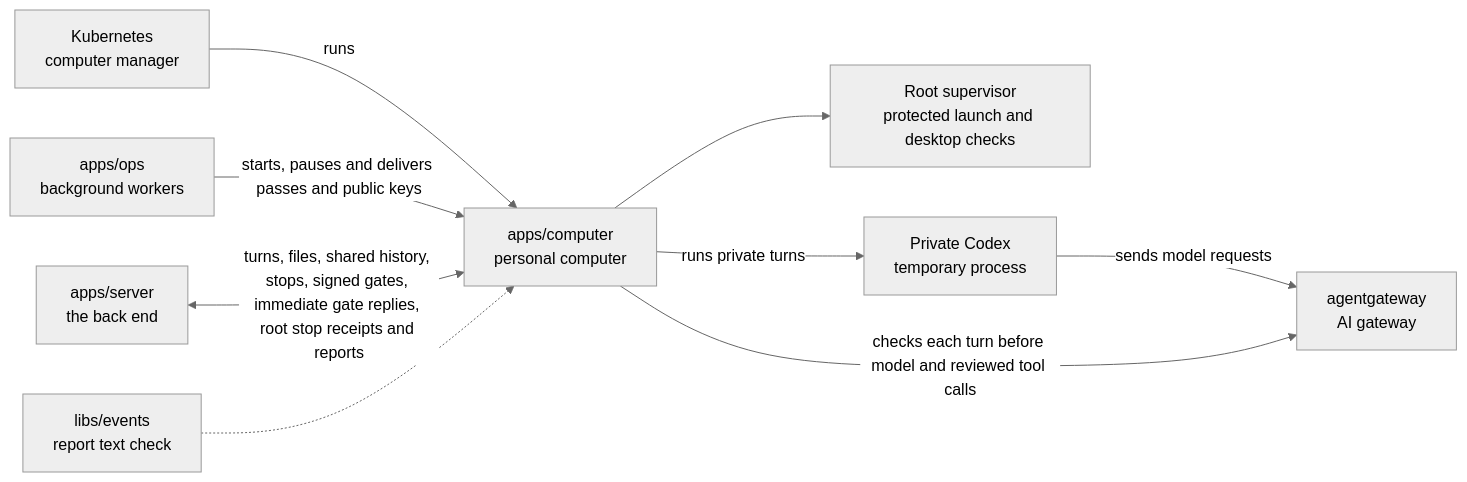
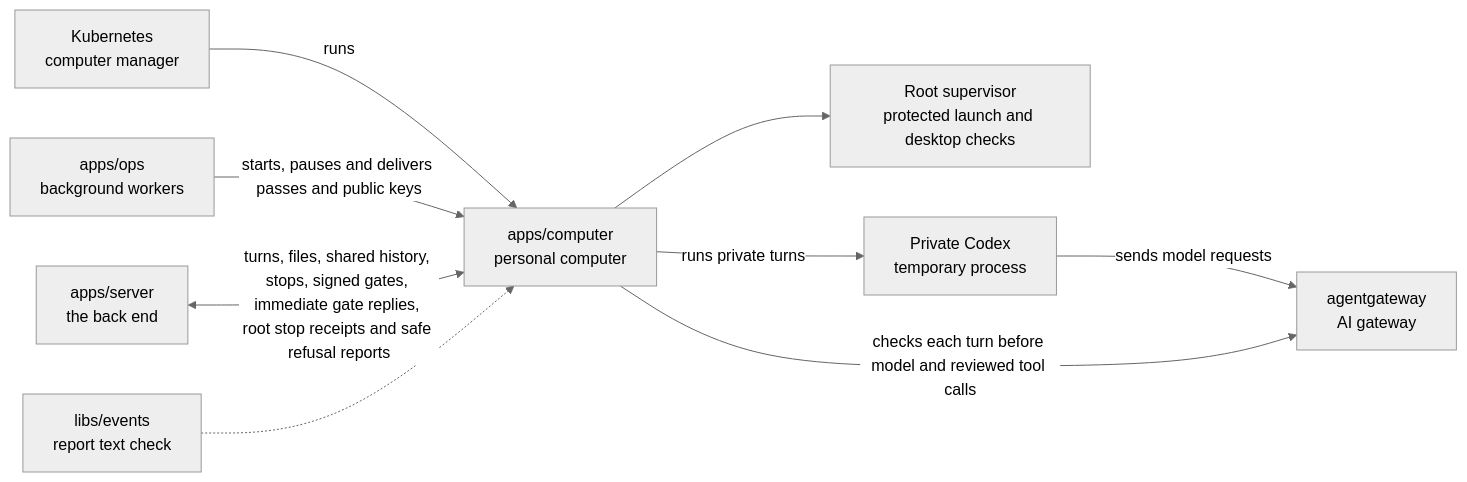
One commit to elewa-git/opencrane-new changed the diagram in apps/computer/README.md. Above: the diagram before and after it, drawn with Mermaid (neutral theme). The commit also changed other lines of this file and 22 other files, not shown here.

````diff
--- a/apps/computer/README.md
+++ b/apps/computer/README.md
@@ -22,11 +22,11 @@
 ```mermaid
 flowchart LR
   kube["Kubernetes<br/>computer manager"] -->|runs| computer["apps/computer<br/>personal computer"]
   ops["apps/ops<br/>background workers"] -->|starts, pauses and delivers passes and public keys| computer
-  server["apps/server<br/>the back end"] <-->|turns, files, shared history, stops, signed gates, immediate gate replies, root stop receipts and reports| computer
+  server["apps/server<br/>the back end"] <-->|turns, files, shared history, stops, signed gates, immediate gate replies, root stop receipts and safe refusal reports| computer
   events["libs/events<br/>report text check"] -.-> computer
   computer --> supervisor["Root supervisor<br/>protected launch and desktop checks"]
   computer -->|runs private turns| private["Private Codex<br/>temporary process"]
   private -->|sends model requests| gateway
   computer -->|checks each turn before model and reviewed tool calls| gateway["agentgateway<br/>AI gateway"]
 ```
````
